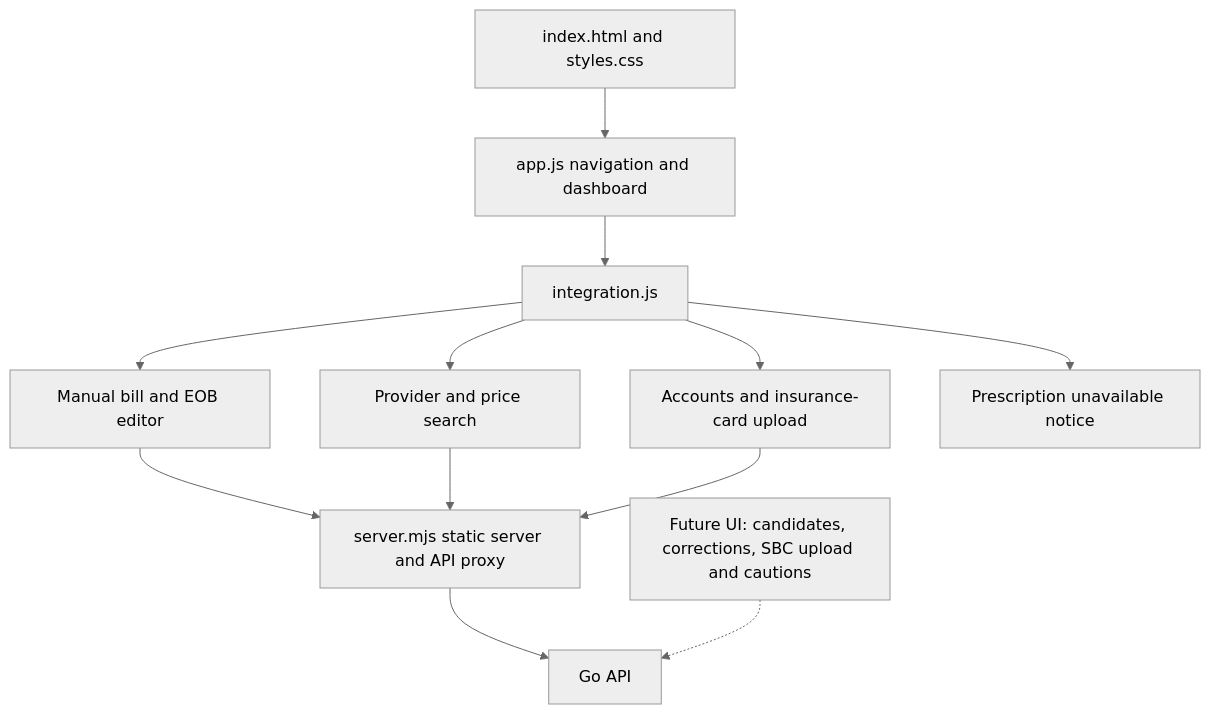
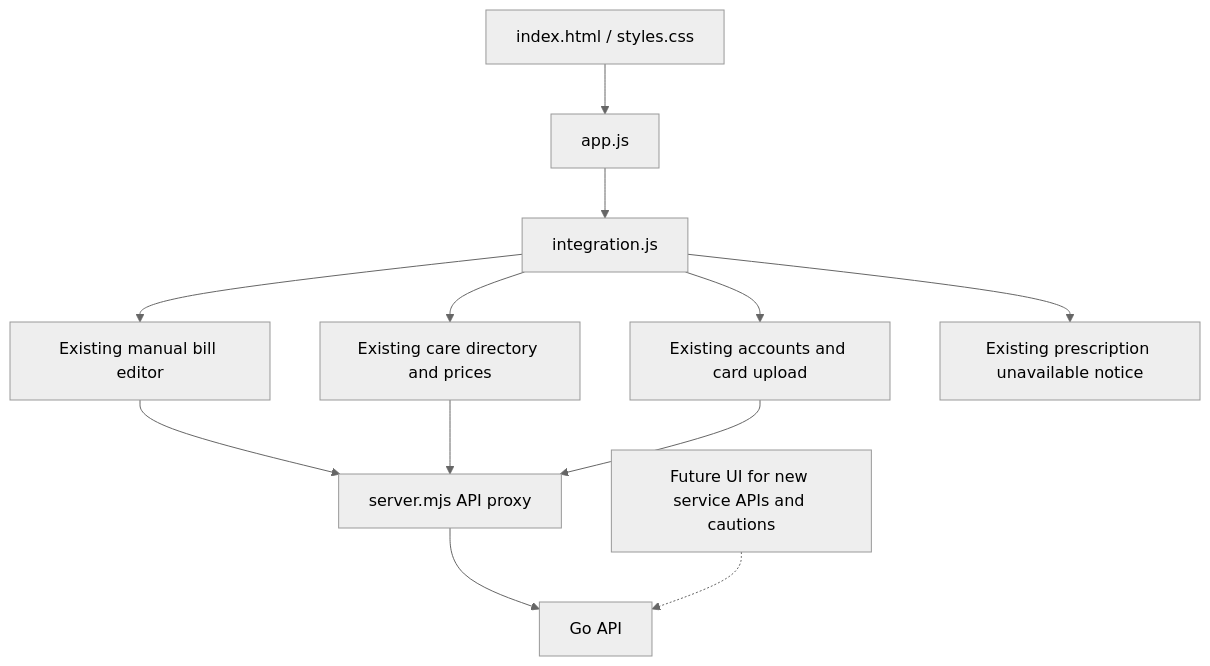
One commit to jadenC20/HealthcareLookup changed the second of 2 diagrams in ARCHITECTURE.md. Above: the diagram before and after it, drawn with Mermaid (neutral theme). The commit also changed other lines of this file and 60 other files, not shown here.

````diff
--- a/ARCHITECTURE.md
+++ b/ARCHITECTURE.md
@@ -33,12 +42,12 @@
 ```mermaid
 flowchart TD
-    Shell[index.html and styles.css] --> App[app.js navigation and dashboard]
+    Shell[index.html / styles.css] --> App[app.js]
     App --> Integration[integration.js]
-    Integration --> BillUI[Manual bill and EOB editor]
-    Integration --> CareUI[Provider and price search]
-    Integration --> Profile[Accounts and insurance-card upload]
-    Integration --> Meds[Prescription unavailable notice]
-    BillUI & CareUI & Profile --> Proxy[server.mjs static server and API proxy]
+    Integration --> Bills[Existing manual bill editor]
+    Integration --> Care[Existing care directory and prices]
+    Integration --> Profile[Existing accounts and card upload]
+    Integration --> Rx[Existing prescription unavailable notice]
+    Bills & Care & Profile --> Proxy[server.mjs API proxy]
     Proxy --> Go[Go API]
-    Future[Future UI: candidates, corrections, SBC upload and cautions] -.-> Go
+    Future[Future UI for new service APIs and cautions] -.-> Go
 ```
````
